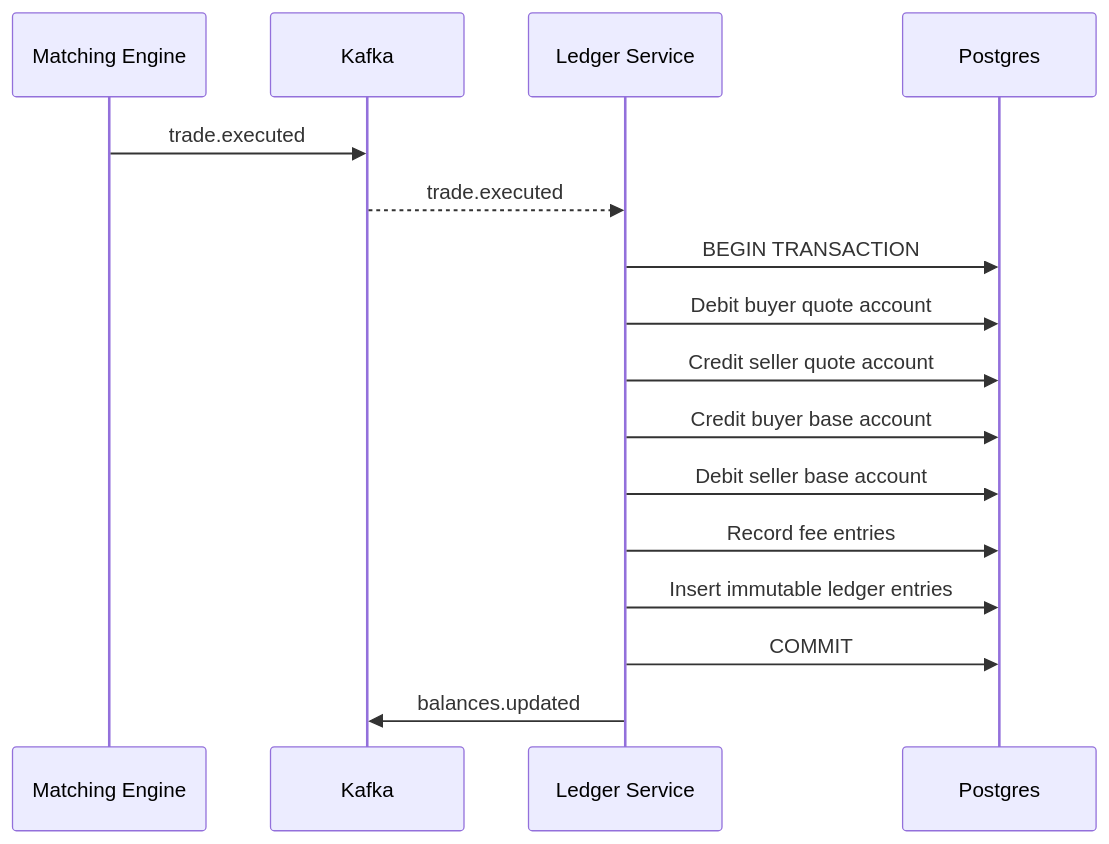
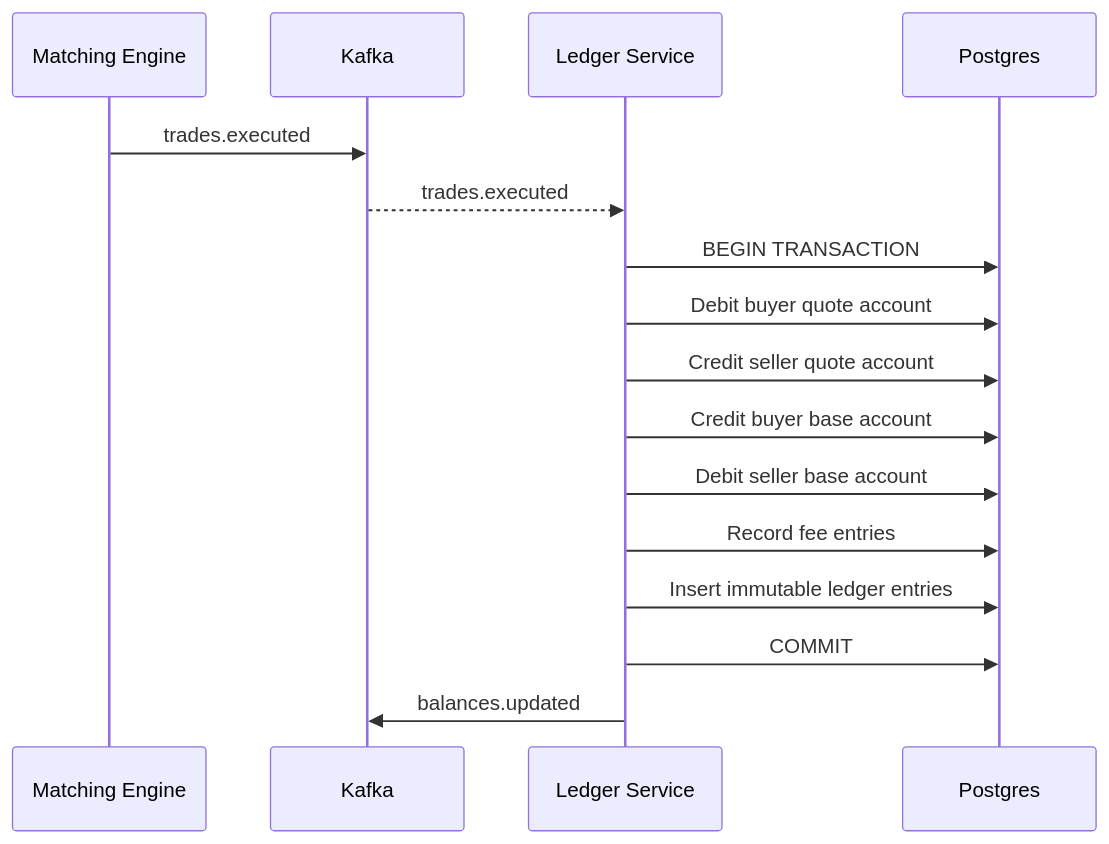
One commit to AfshinJalili/goex changed the diagram in docs/diagrams/ledger-settlement.mmd. Above: the diagram before and after it, drawn with Mermaid. The commit also changed 7 other files, not shown here.

```diff
--- a/docs/diagrams/ledger-settlement.mmd
+++ b/docs/diagrams/ledger-settlement.mmd
@@ -1,17 +1,17 @@
 sequenceDiagram
   participant M as Matching Engine
   participant K as Kafka
   participant L as Ledger Service
   participant P as Postgres
 
-  M->>K: trade.executed
-  K-->>L: trade.executed
+  M->>K: trades.executed
+  K-->>L: trades.executed
   L->>P: BEGIN TRANSACTION
   L->>P: Debit buyer quote account
   L->>P: Credit seller quote account
   L->>P: Credit buyer base account
   L->>P: Debit seller base account
   L->>P: Record fee entries
   L->>P: Insert immutable ledger entries
   L->>P: COMMIT
   L->>K: balances.updated
```
